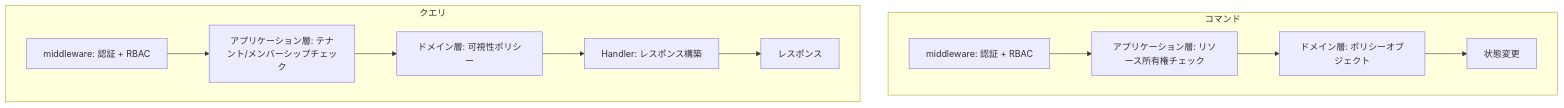
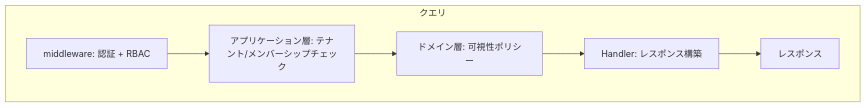
Before and after one commit to 135yshr/documents: the third of 3 diagrams in articles/60d7d006c0f38f.md, drawn with Mermaid.

Commit message:
📝 docs: clarify intentional rule change from membership to role-based auth
素朴アプローチ→ポリシーオブジェクトの接続部分で、
認可ルール自体がメンバーシップ判定からロール判定に
意図的に厳格化されていることを明示

Entire-Checkpoint: 5a0dae289550

````diff
--- a/articles/60d7d006c0f38f.md
+++ b/articles/60d7d006c0f38f.md
@@ -556,15 +565,9 @@
 ```mermaid
 flowchart TD
-    subgraph コマンド
-        C1[middleware: 認証 + RBAC] --> C2[アプリケーション層: リソース所有権チェック]
-        C2 --> C3[ドメイン層: ポリシーオブジェクト]
-        C3 --> C4[状態変更]
-    end
-
     subgraph クエリ
         Q1[middleware: 認証 + RBAC] --> Q2[アプリケーション層: テナント/メンバーシップチェック]
         Q2 --> Q3[ドメイン層: 可視性ポリシー]
         Q3 --> Q4[Handler: レスポンス構築]
         Q4 --> Q5[レスポンス]
     end
 ```
````
